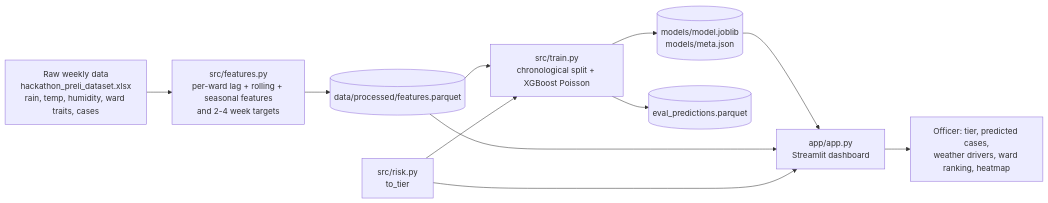
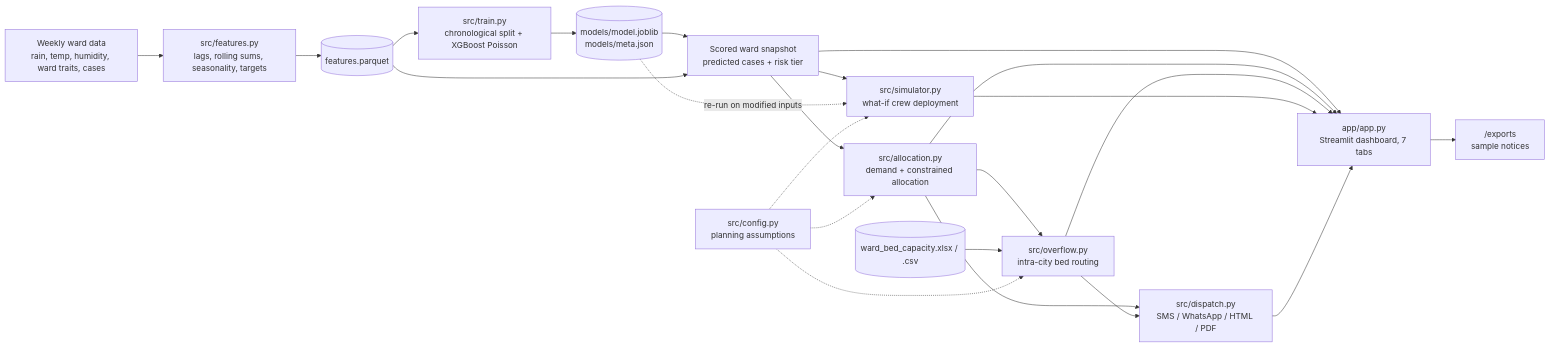
Before and after one commit to raidasalsabil/dengAlert: the diagram in ARCHITECTURE.md, drawn with Mermaid. The commit also changed other lines of this file, not shown here.

First line of the commit message:
update architecture

````diff
--- a/ARCHITECTURE.md
+++ b/ARCHITECTURE.md
@@ -7,13 +18,25 @@
 ```mermaid
 flowchart LR
-    A[Raw weekly data<br/>hackathon_preli_dataset.xlsx<br/>rain, temp, humidity, ward traits, cases] --> B[src/features.py<br/>per-ward lag + rolling + seasonal features<br/>and 2-4 week targets]
-    B --> C[(data/processed/features.parquet)]
-    C --> D[src/train.py<br/>chronological split + XGBoost Poisson]
-    D --> E[(models/model.joblib<br/>models/meta.json)]
-    D --> F[(eval_predictions.parquet)]
-    E --> G[app/app.py<br/>Streamlit dashboard]
-    C --> G
-    R[src/risk.py<br/>to_tier] --> D
-    R --> G
-    G --> H[Officer: tier, predicted cases,<br/>weather drivers, ward ranking, heatmap]
+    A["Weekly ward data<br/>rain, temp, humidity, ward traits, cases"] --> B["src/features.py<br/>lags, rolling sums, seasonality, targets"]
+    B --> C[("features.parquet")]
+    C --> D["src/train.py<br/>chronological split + XGBoost Poisson"]
+    D --> E[("models/model.joblib<br/>models/meta.json")]
+    E --> F["Scored ward snapshot<br/>predicted cases + risk tier"]
+    C --> F
+    F --> G["src/allocation.py<br/>demand + constrained allocation"]
+    G --> H["src/overflow.py<br/>intra-city bed routing"]
+    F --> I["src/simulator.py<br/>what-if crew deployment"]
+    E -. "re-run on modified inputs" .-> I
+    G --> J["src/dispatch.py<br/>SMS / WhatsApp / HTML / PDF"]
+    H --> J
+    K[("ward_bed_capacity.xlsx / .csv")] --> H
+    L["src/config.py<br/>planning assumptions"] -.-> G
+    L -.-> H
+    L -.-> I
+    F --> M["app/app.py<br/>Streamlit dashboard, 7 tabs"]
+    G --> M
+    H --> M
+    I --> M
+    J --> M
+    M --> N["/exports<br/>sample notices"]
 ```
````
